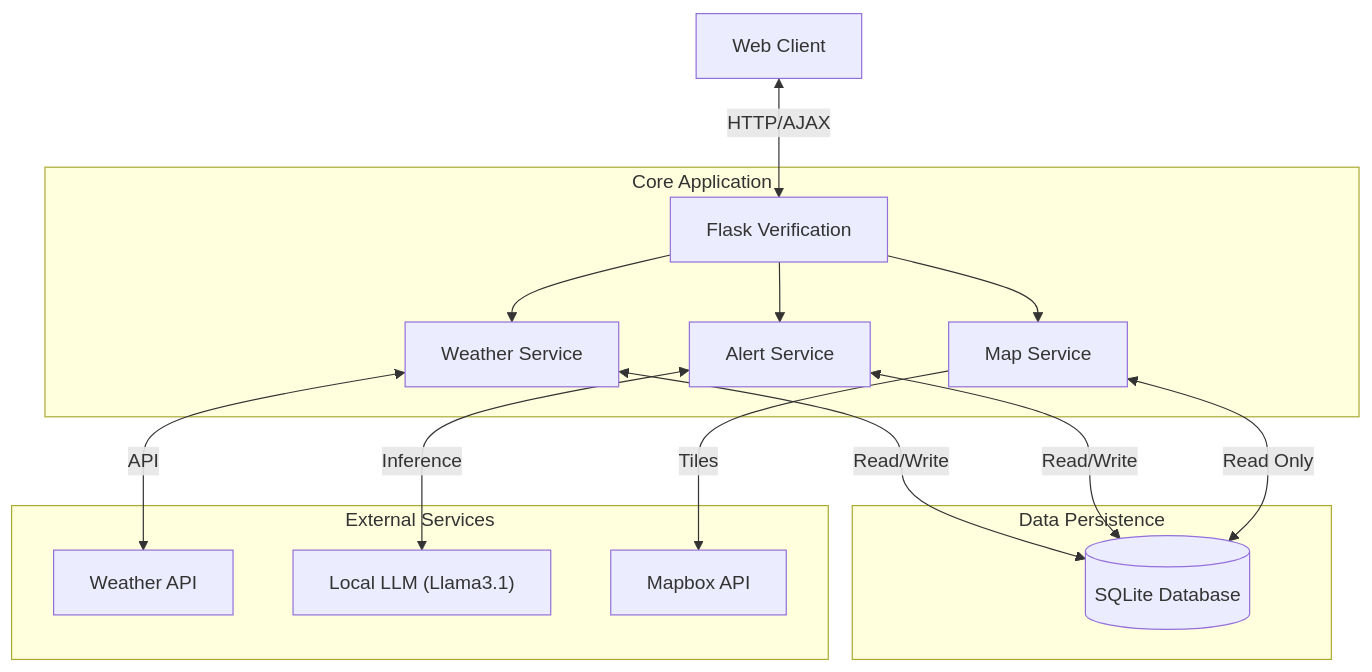
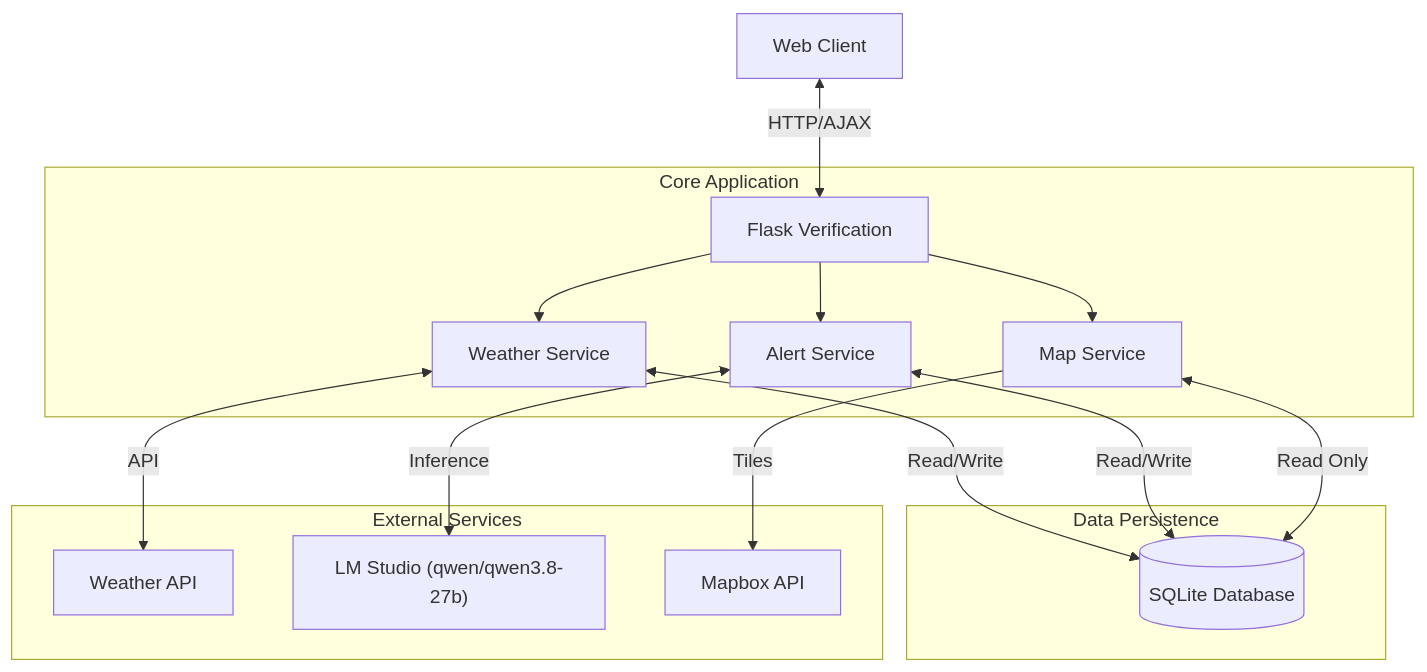
One commit to imtiazNDMA/EarlyWarningSystem changed the diagram in README.md. Above: the diagram before and after it, drawn with Mermaid. The commit also changed other lines of this file and 101 other files, not shown here.

````diff
--- a/README.md
+++ b/README.md
@@ -29,22 +29,22 @@
 ```mermaid
 graph TD
     Client[Web Client] <-->|HTTP/AJAX| App[Flask Verification]
     
     subgraph "Core Application"
         App --> WeatherSvc[Weather Service]
         App --> AlertSvc[Alert Service]
         App --> MapSvc[Map Service]
     end
     
     subgraph "Data Persistence"
         WeatherSvc <-->|Read/Write| DB[("SQLite Database")]
         AlertSvc <-->|Read/Write| DB
         MapSvc <-->|Read Only| DB
     end
     
     subgraph "External Services"
         WeatherSvc <-->|API| OpenMeteo["Weather API"]
-        AlertSvc <-->|Inference| Ollama["Local LLM (Llama3.1)"]
+        AlertSvc <-->|Inference| LLM["LM Studio (qwen/qwen3.8-27b)"]
         MapSvc -->|Tiles| Mapbox["Mapbox API"]
     end
 ```
````
